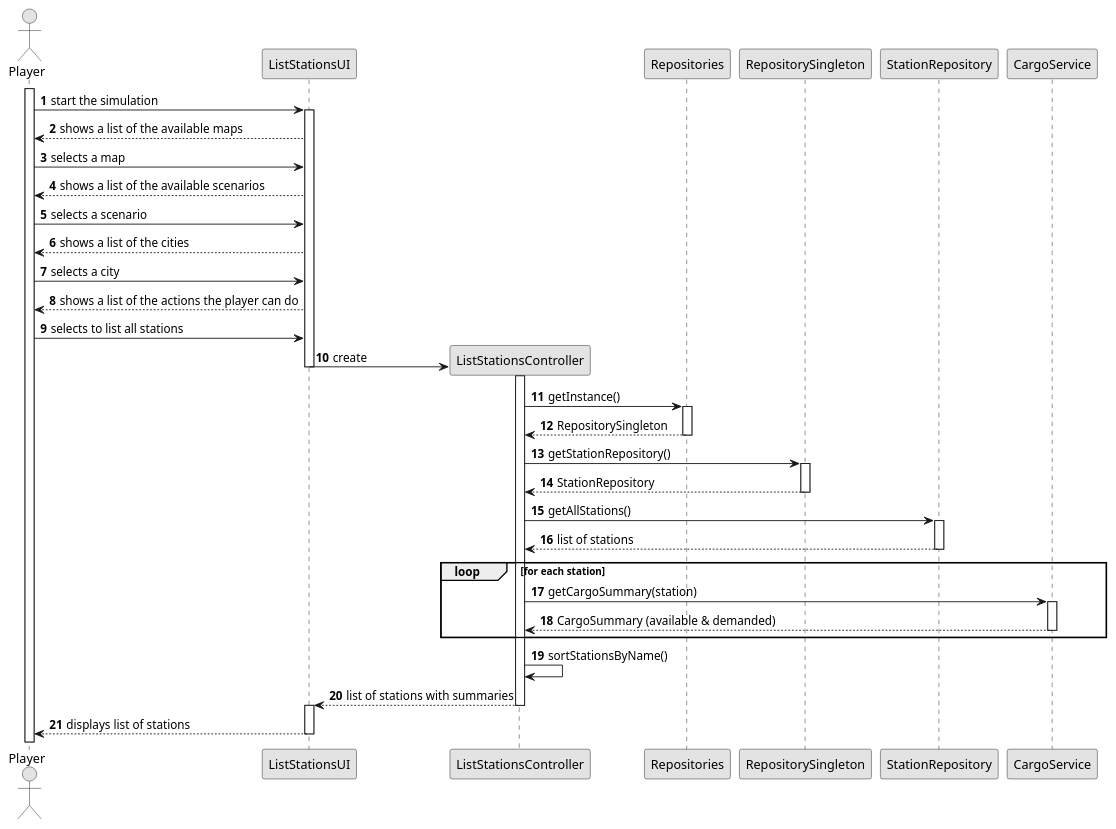
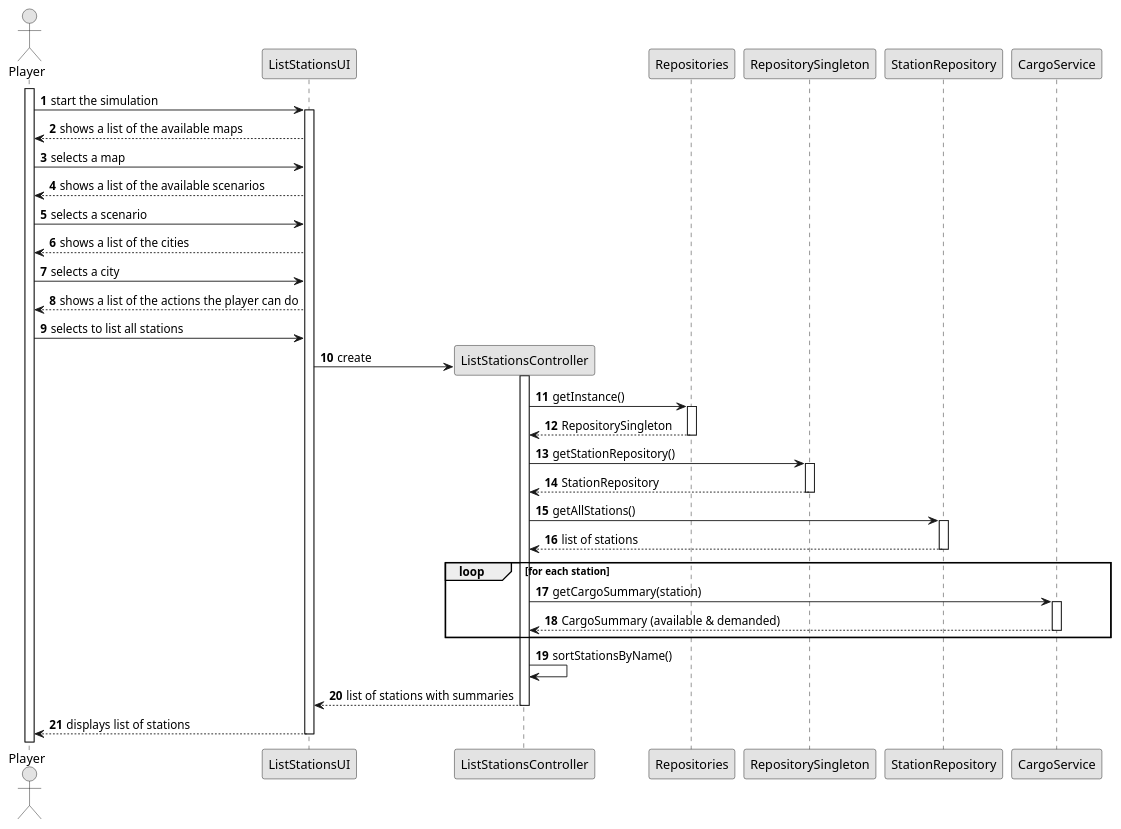
Before and after one commit to ivasduarte/all-aboard: the diagram in docs/sprint2/us007/03.design/puml/us007-sequence-diagram-full.puml, drawn with PlantUML. The commit also changed 5 other files, not shown here.

Commit message:
US006/US007/US011 - Corrected full-diagrams

```diff
--- a/docs/sprint2/us007/03.design/puml/us007-sequence-diagram-full.puml
+++ b/docs/sprint2/us007/03.design/puml/us007-sequence-diagram-full.puml
@@ -1,64 +1,62 @@
 @startuml
 
 skinparam monochrome true
 skinparam packageStyle rectangle
 skinparam shadowing false
 
 autonumber
 
 actor "Player" as Player
 participant "ListStationsUI" as UI
 
 activate Player
 
 Player -> UI : start the simulation
 activate UI
 
 UI --> Player : shows a list of the available maps
 Player -> UI : selects a map
 UI --> Player : shows a list of the available scenarios
 Player -> UI : selects a scenario
 UI --> Player : shows a list of the cities
 Player -> UI : selects a city
 UI --> Player : shows a list of the actions the player can do
 Player -> UI : selects to list all stations
 
 create "ListStationsController" as CTRL
 UI -> CTRL : create
-deactivate UI
 activate CTRL
 
 CTRL -> Repositories : getInstance()
 activate Repositories
 Repositories --> CTRL : RepositorySingleton
 deactivate Repositories
 
 CTRL -> RepositorySingleton : getStationRepository()
 activate RepositorySingleton
 RepositorySingleton --> CTRL : StationRepository
 deactivate RepositorySingleton
 
 participant "StationRepository" as Station_REPO
 CTRL -> Station_REPO : getAllStations()
 activate Station_REPO
 Station_REPO --> CTRL : list of stations
 deactivate Station_REPO
 
 participant "CargoService" as CargoService
 loop for each station
     CTRL -> CargoService : getCargoSummary(station)
     activate CargoService
     CargoService --> CTRL : CargoSummary (available & demanded)
     deactivate CargoService
 end loop
 
 CTRL -> CTRL : sortStationsByName()
 
 CTRL --> UI : list of stations with summaries
 deactivate CTRL
-activate UI
 
 UI --> Player : displays list of stations
 deactivate UI
 
 @enduml
```
